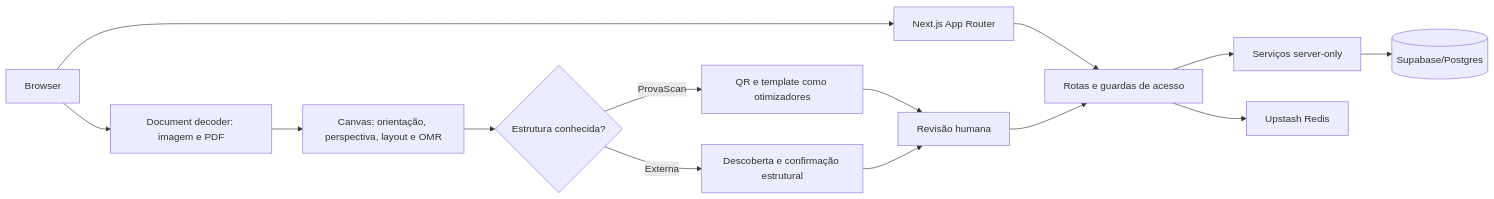
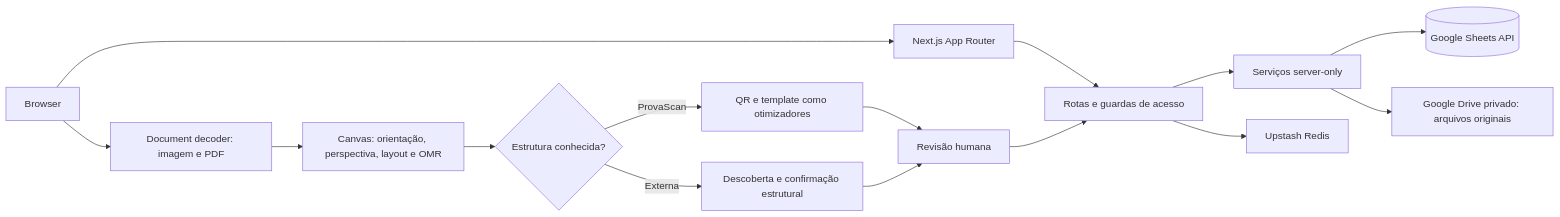
One commit to Pepeu2010/provascan changed the diagram in README.md. Above: the diagram before and after it, drawn with Mermaid. The commit also changed other lines of this file and 114 other files, not shown here.

First line of the commit message:
Continue Google Sheets migration (#96)

````diff
--- a/README.md
+++ b/README.md
@@ -51,16 +51,17 @@
 ```mermaid
 flowchart LR
   B[Browser] --> N[Next.js App Router]
   N --> A[Rotas e guardas de acesso]
   A --> S[Serviços server-only]
-  S --> DB[(Supabase/Postgres)]
+  S --> DB[(Google Sheets API)]
+  S --> G[Google Drive privado: arquivos originais]
   A --> R[Upstash Redis]
   B --> D[Document decoder: imagem e PDF]
   D --> C[Canvas: orientação, perspectiva, layout e OMR]
   C --> T{Estrutura conhecida?}
   T -->|ProvaScan| Q[QR e template como otimizadores]
   T -->|Externa| E[Descoberta e confirmação estrutural]
   Q --> H[Revisão humana]
   E --> H
   H --> A
 ```
````
